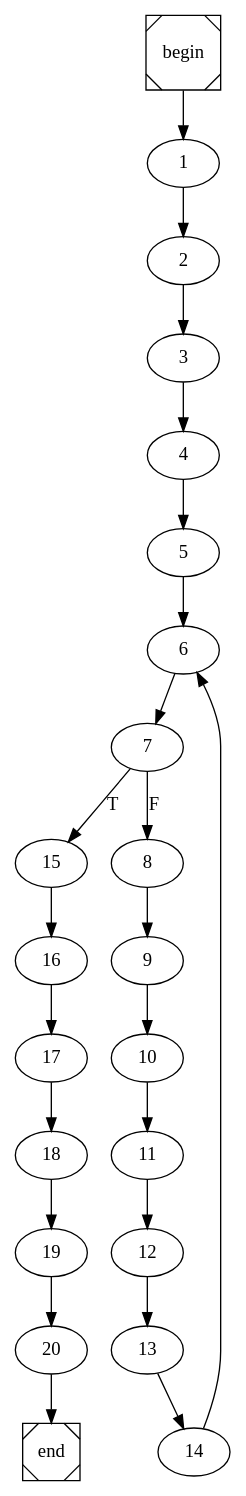
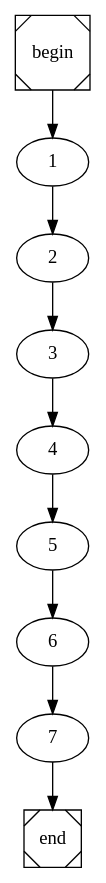
Before and after one commit to miguelazevedolopes/FEUP-COMP: the diagram in main.dot, drawn with Graphviz. The commit also changed 3 other files, not shown here.

```diff
--- a/main.dot
+++ b/main.dot
@@ -1,4 +1,4 @@
 digraph cfg {
 	begin [shape=Msquare];
 	end [shape=Msquare];
-	begin -> 1;	1 -> 2;	2 -> 3;	3 -> 4;	4 -> 5;	5 -> 6;	6 -> 7;	7 -> 15[label=T];	7 -> 8[label=F];	8 -> 9;	9 -> 10;	10 -> 11;	11 -> 12;	12 -> 13;	13 -> 14;	14 -> 6;	15 -> 16;	16 -> 17;	17 -> 18;	18 -> 19;	19 -> 20;	20 -> end;}
+	begin -> 1;	1 -> 2;	2 -> 3;	3 -> 4;	4 -> 5;	5 -> 6;	6 -> 7;	7 -> end;}
```
